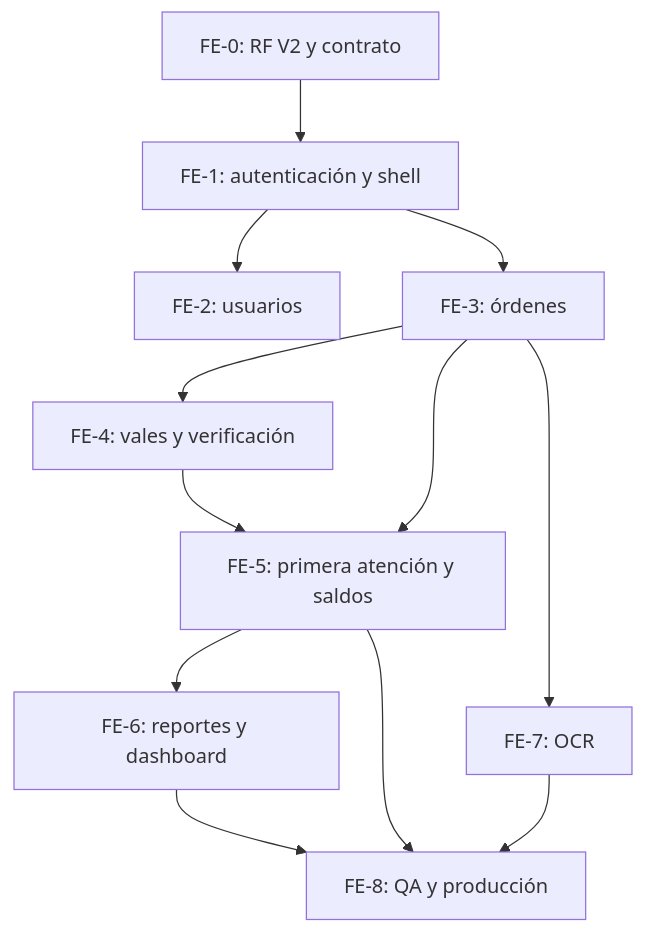
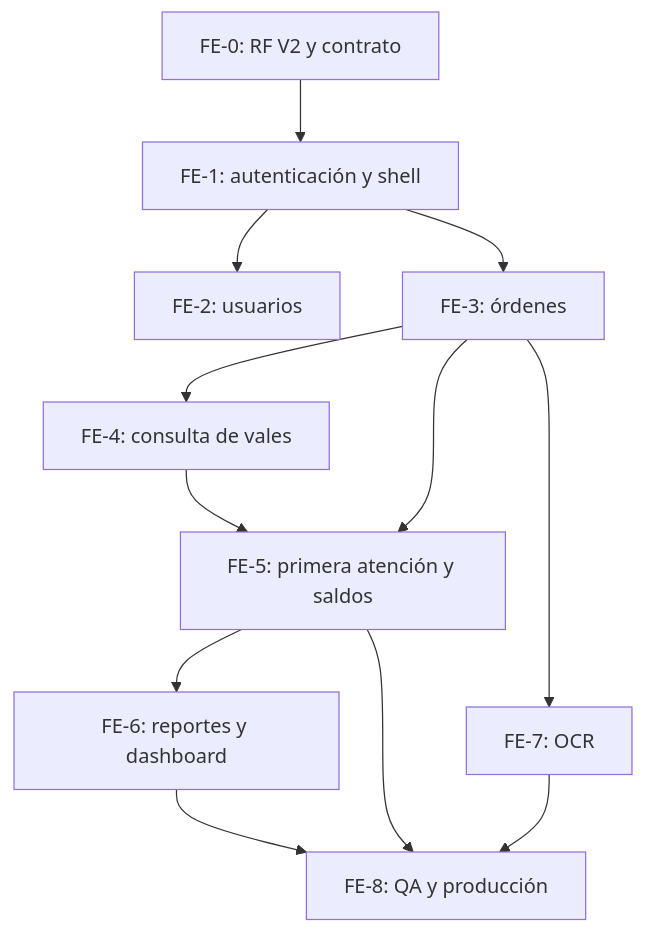
The second of 2 diagrams in PLAN_FRONTEND_SAN_JOSE_V2.md (Fern4ndev/station-jose), drawn with Mermaid before and after one commit. The commit also changed other lines of this file and 112 other files, not shown here.

````diff
--- a/PLAN_FRONTEND_SAN_JOSE_V2.md
+++ b/PLAN_FRONTEND_SAN_JOSE_V2.md
@@ -2239,14 +2129,14 @@
 ```mermaid
 flowchart TD
     A[FE-0: RF V2 y contrato] --> B[FE-1: autenticación y shell]
     B --> C[FE-2: usuarios]
     B --> D[FE-3: órdenes]
-    D --> E[FE-4: vales y verificación]
+    D --> E[FE-4: consulta de vales]
     D --> F[FE-5: primera atención y saldos]
     E --> F
     F --> G[FE-6: reportes y dashboard]
     D --> H[FE-7: OCR]
     G --> I[FE-8: QA y producción]
     H --> I
     F --> I
 ```
````
